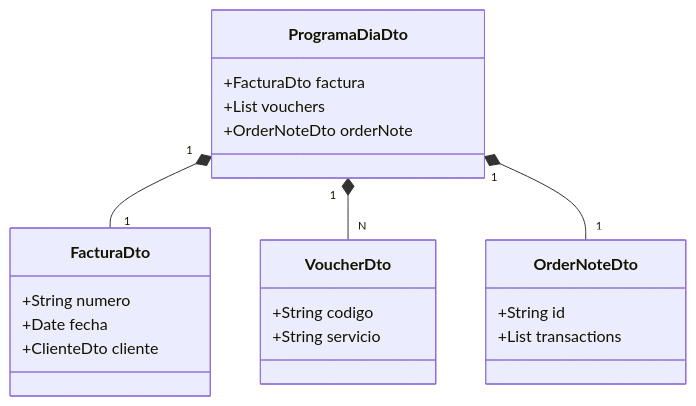
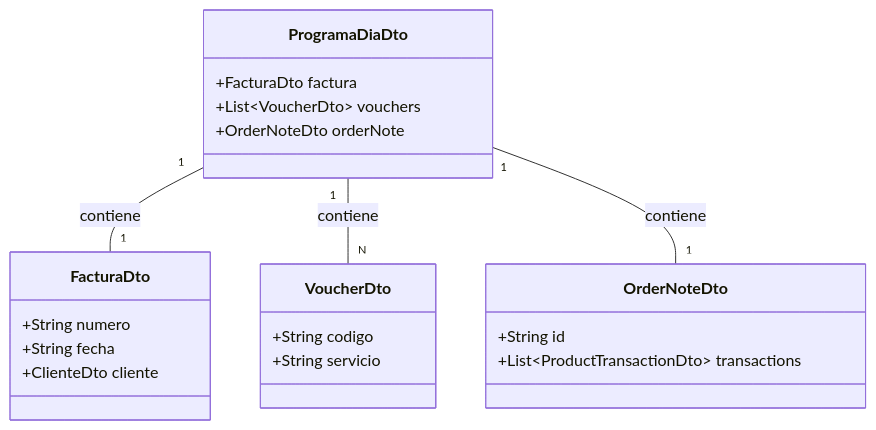
The diagram in docs/diagrams/data-model.mmd (ETEREA-services/ETEREA.programa-dia-service), drawn with Mermaid before and after one commit. The commit also changed 1 other file, not shown here.

Commit message:
fix(docs): corrige la sintaxis de los diagramas Mermaid
Actualiza la sintaxis de los diagramas de secuencia y de modelo de datos para resolver los errores de renderizado en GitHub Pages. Se ajustan los tipos de datos genéricos y se añaden activadores/desactivadores para mayor robustez.

```diff
--- a/docs/diagrams/data-model.mmd
+++ b/docs/diagrams/data-model.mmd
@@ -1,28 +1,26 @@
 classDiagram
     class ProgramaDiaDto {
         +FacturaDto factura
-        +List<VoucherDto> vouchers
+        +List~VoucherDto~ vouchers
         +OrderNoteDto orderNote
     }
 
     class FacturaDto {
         +String numero
-        +Date fecha
+        +String fecha
         +ClienteDto cliente
     }
 
     class VoucherDto {
         +String codigo
         +String servicio
     }
 
-
-
     class OrderNoteDto {
         +String id
-        +List<ProductTransactionDto> transactions
+        +List~ProductTransactionDto~ transactions
     }
 
-    ProgramaDiaDto "1" *-- "1" FacturaDto
-    ProgramaDiaDto "1" *-- "N" VoucherDto
-    ProgramaDiaDto "1" *-- "1" OrderNoteDto
+    ProgramaDiaDto "1" -- "1" FacturaDto : contiene
+    ProgramaDiaDto "1" -- "N" VoucherDto : contiene
+    ProgramaDiaDto "1" -- "1" OrderNoteDto : contiene
```
